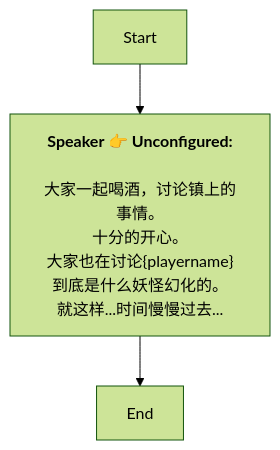
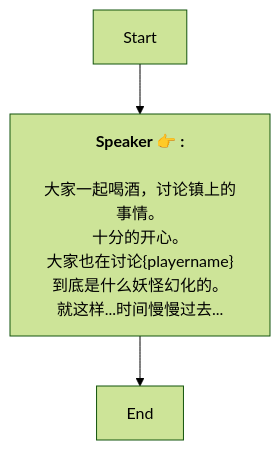
The diagram in Zh/TeaMeeting.md (SoftHu/tos_avg), drawn with Mermaid (forest theme) before and after one commit. The commit also changed 737 other files, not shown here.

````diff
--- a/Zh/TeaMeeting.md
+++ b/Zh/TeaMeeting.md
@@ -1,11 +1,8 @@
 ```mermaid
 graph
-Start -->1744563134647583[<b>Speaker 👉 Unconfigured:</b>
-
-大家一起喝酒，讨论镇上的事情。
-十分的开心。
-大家也在讨论&lbrace;playername&rbrace;到底是什么妖怪幻化的。
-就这样...时间慢慢过去...]
+Start -->1744563134647583[<b>Speaker 👉 :</b>
+\n大家一起喝酒，讨论镇上的事情。
+十分的开心。\n大家也在讨论&lbrace;playername&rbrace;到底是什么妖怪幻化的。\n就这样...时间慢慢过去...]
 1744563134647583 -->1744563216549152[End]
 
- ```
+```
````
